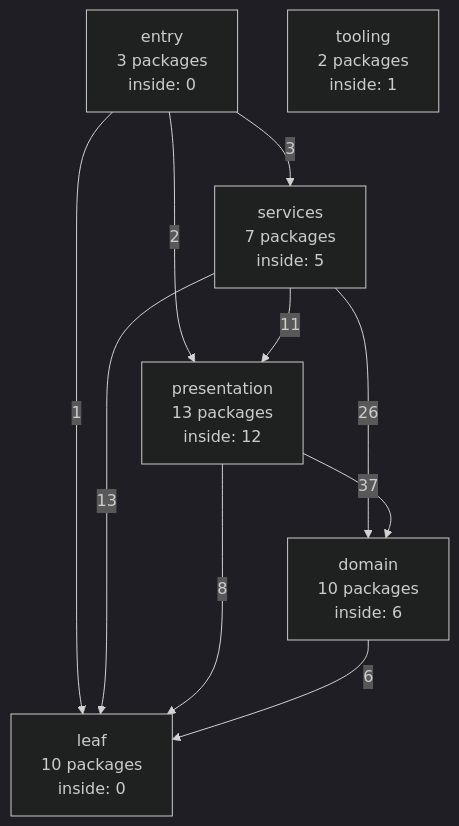
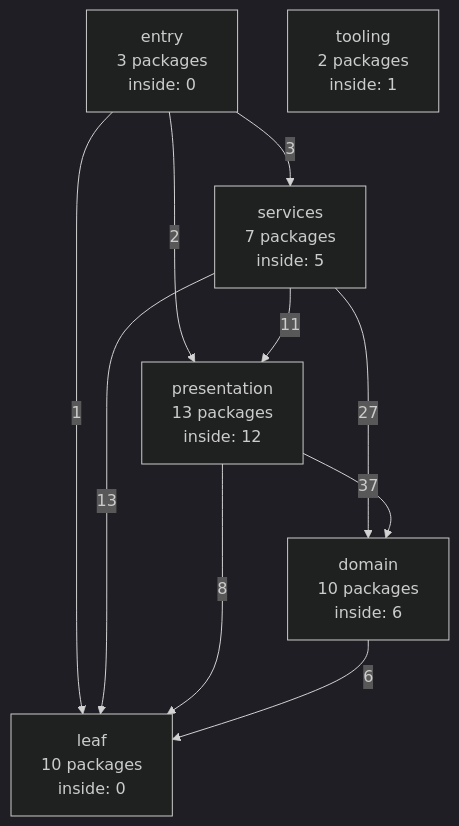
One commit to ladydascalie/dm changed the diagram in docs/internals/generated/package-graph.md. Above: the diagram before and after it, drawn with Mermaid (dark theme). The commit also changed other lines of this file and 9 other files, not shown here.

````diff
--- a/docs/internals/generated/package-graph.md
+++ b/docs/internals/generated/package-graph.md
@@ -58,18 +58,18 @@
 ```mermaid
 flowchart TD
   entry["entry<br/>3 packages<br/>inside: 0"]
   services["services<br/>7 packages<br/>inside: 5"]
   presentation["presentation<br/>13 packages<br/>inside: 12"]
   domain["domain<br/>10 packages<br/>inside: 6"]
   leaf["leaf<br/>10 packages<br/>inside: 0"]
   tooling["tooling<br/>2 packages<br/>inside: 1"]
   entry -->|3| services
   entry -->|2| presentation
   entry -->|1| leaf
   services -->|11| presentation
-  services -->|26| domain
+  services -->|27| domain
   services -->|13| leaf
   presentation -->|37| domain
   presentation -->|8| leaf
   domain -->|6| leaf
 ```
````
